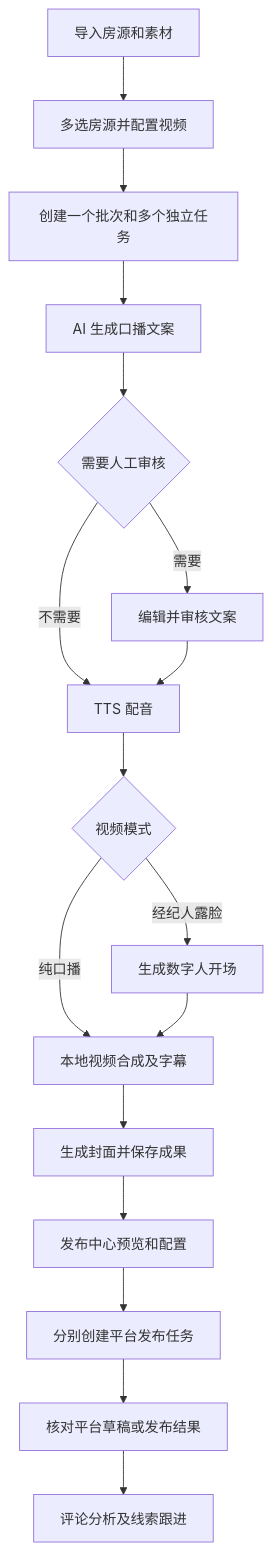
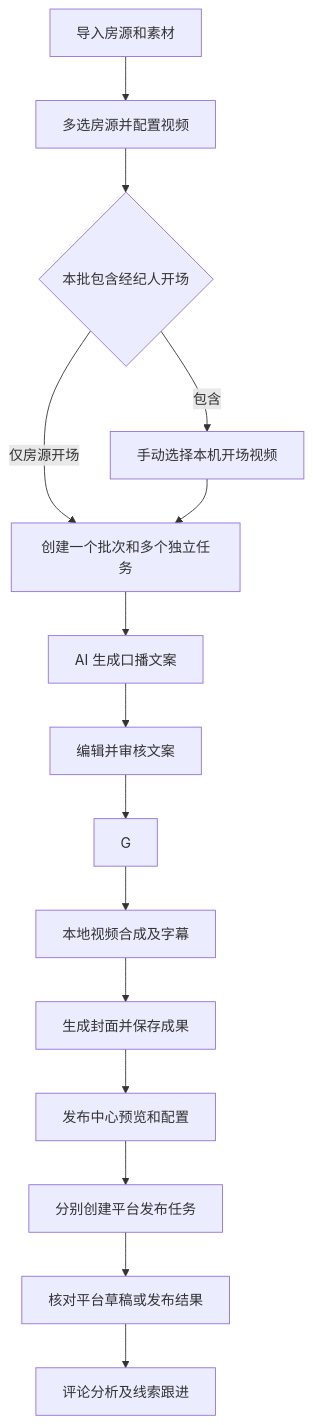
Before and after one commit to EgooAI/keagent-studio: the diagram in docs/01-产品范围与业务流程.md, drawn with Mermaid. The commit also changed other lines of this file and 74 other files, not shown here.

````diff
--- a/docs/01-产品范围与业务流程.md
+++ b/docs/01-产品范围与业务流程.md
@@ -57,19 +57,17 @@
 ```mermaid
 flowchart TD
     A[导入房源和素材] --> B[多选房源并配置视频]
-    B --> C[创建一个批次和多个独立任务]
+    B --> P{本批包含经纪人开场}
+    P -->|包含| V[手动选择本机开场视频]
+    P -->|仅房源开场| C[创建一个批次和多个独立任务]
+    V --> C
     C --> D[AI 生成口播文案]
-    D --> E{需要人工审核}
-    E -->|需要| F[编辑并审核文案]
-    E -->|不需要| G[TTS 配音]
+    D --> F[编辑并审核文案]
     F --> G
-    G --> H{视频模式}
-    H -->|纯口播| J[本地视频合成及字幕]
-    H -->|经纪人露脸| I[生成数字人开场]
-    I --> J
+    G --> J[本地视频合成及字幕]
     J --> K[生成封面并保存成果]
     K --> L[发布中心预览和配置]
     L --> M[分别创建平台发布任务]
     M --> N[核对平台草稿或发布结果]
     N --> O[评论分析及线索跟进]
 ```
````
